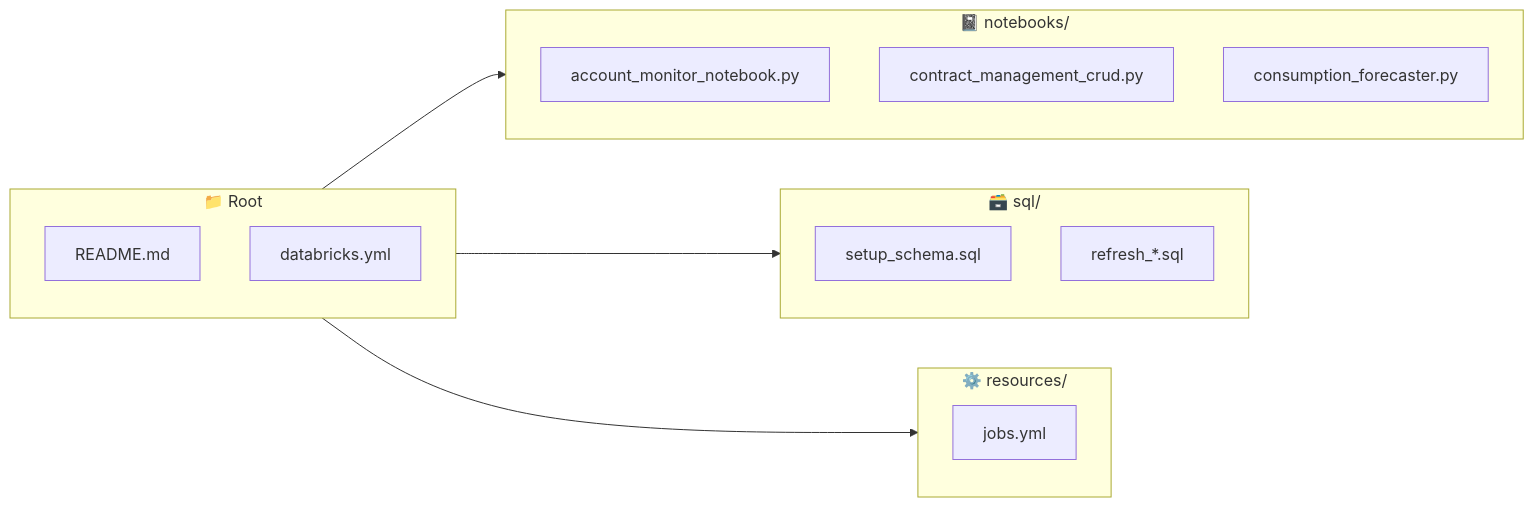
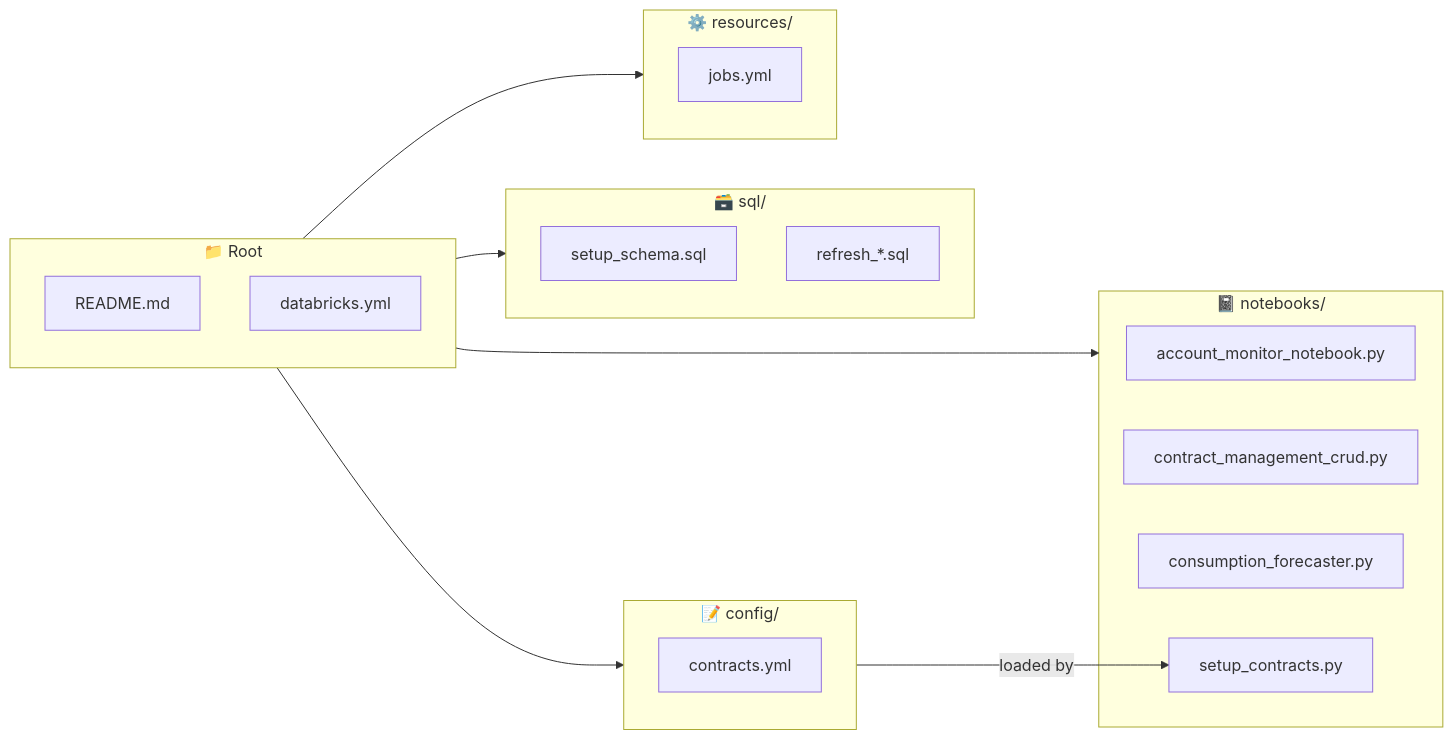
The sixth of 6 diagrams in README.md (LaurentPRAT-DB/ACME_Workspace_Usage_Dashboard), drawn with Mermaid before and after one commit. The commit also changed other lines of this file and 3 other files, not shown here.

First line of the commit message:
Add config file for contract setup

````diff
--- a/README.md
+++ b/README.md
@@ -364,26 +394,33 @@
 ```mermaid
 flowchart LR
     subgraph root["📁 Root"]
         readme["README.md"]
-        config["databricks.yml"]
+        dbconfig["databricks.yml"]
+    end
+
+    subgraph configdir["📝 config/"]
+        contracts["contracts.yml"]
     end
 
     subgraph notebooks["📓 notebooks/"]
         monitor["account_monitor_notebook.py"]
         crud["contract_management_crud.py"]
         forecast["consumption_forecaster.py"]
+        setupnb["setup_contracts.py"]
     end
 
     subgraph sql["🗃️ sql/"]
         setup["setup_schema.sql"]
         refresh["refresh_*.sql"]
     end
 
     subgraph resources["⚙️ resources/"]
         jobs["jobs.yml"]
     end
 
+    root --> configdir
     root --> notebooks
     root --> sql
     root --> resources
+    configdir -->|"loaded by"| setupnb
 ```
````
